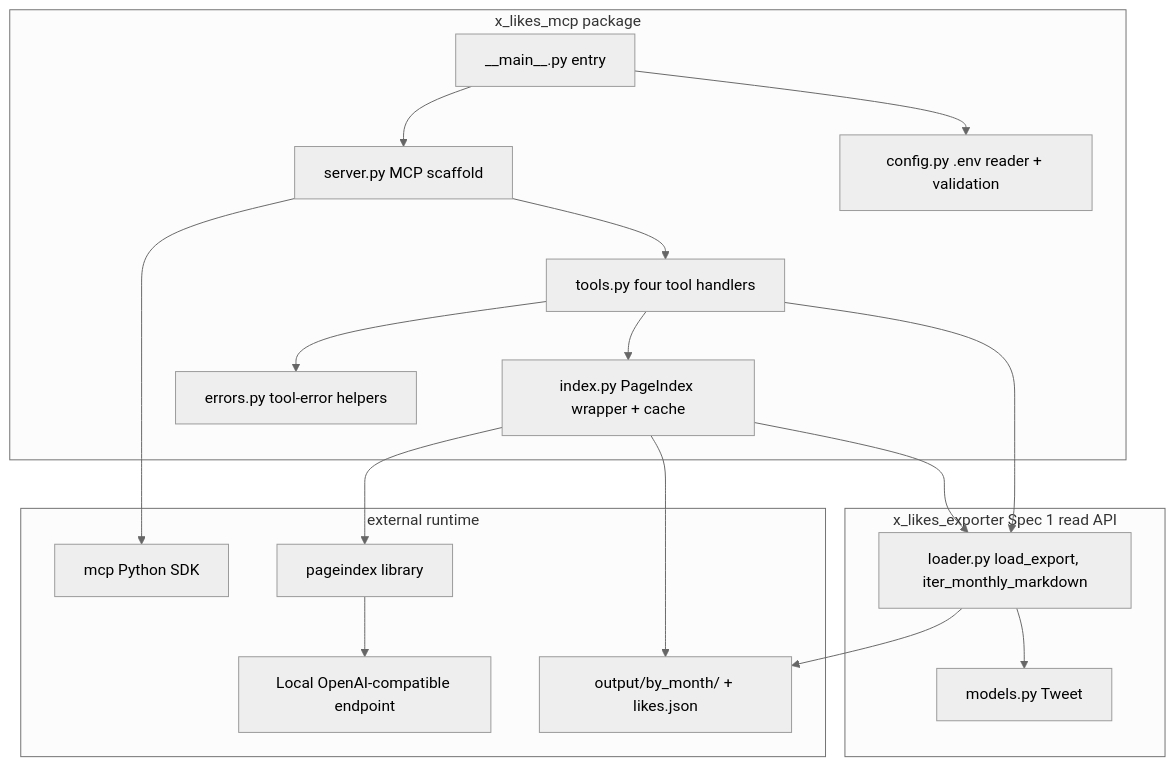
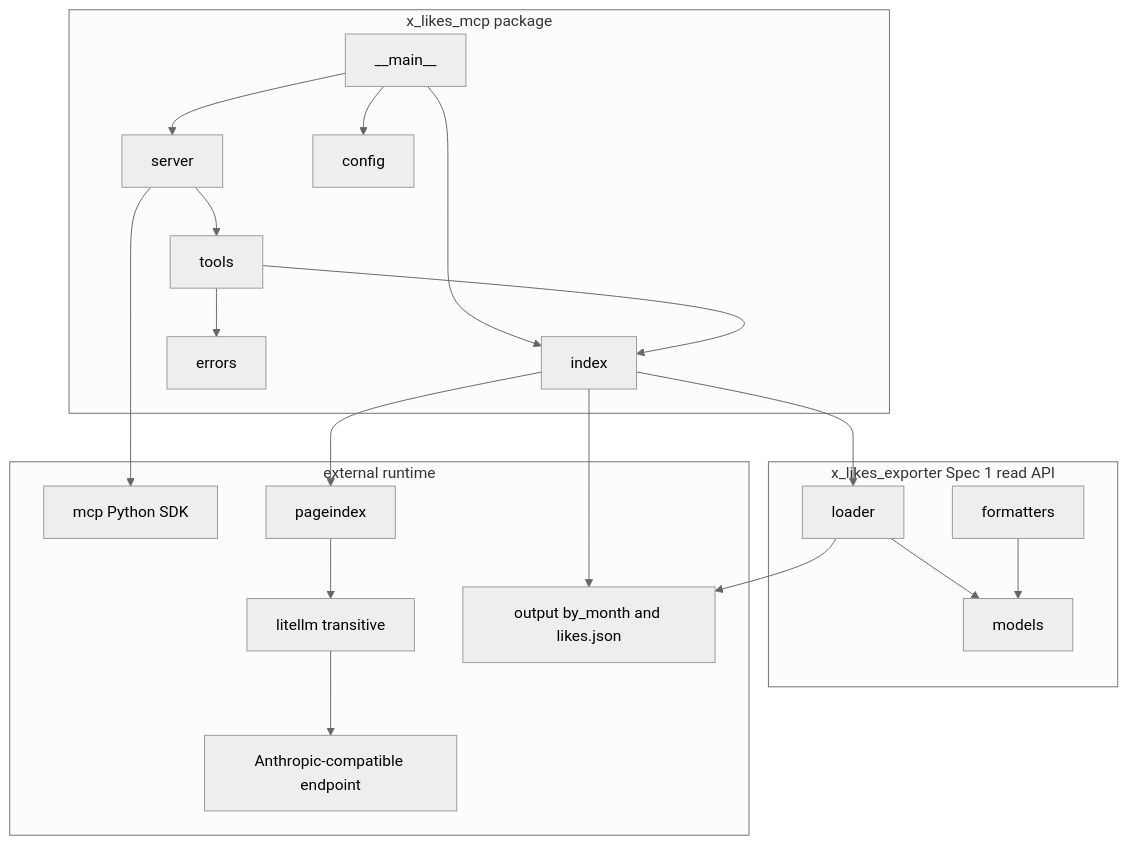
The first of 3 diagrams in .kiro/specs/mcp-pageindex/design.md (norandom/x_likes_scraper), drawn with Mermaid (neutral theme) before and after one commit. The commit also changed other lines of this file and 3 other files, not shown here.

First line of the commit message:
docs(mcp-pageindex): align spec with Anthropic LiteLLM endpoint and structured filter

````diff
--- a/.kiro/specs/mcp-pageindex/design.md
+++ b/.kiro/specs/mcp-pageindex/design.md
@@ -87,35 +100,39 @@
 ```mermaid
 graph TB
     subgraph mcp_server[x_likes_mcp package]
-        Main[__main__.py entry]
-        Server[server.py MCP scaffold]
-        Tools[tools.py four tool handlers]
-        Index[index.py PageIndex wrapper + cache]
-        Config[config.py .env reader + validation]
-        Errors[errors.py tool-error helpers]
+        Main[__main__]
+        Server[server]
+        Tools[tools]
+        Index[index]
+        Config[config]
+        Errors[errors]
     end
     subgraph upstream[x_likes_exporter Spec 1 read API]
-        Loader[loader.py load_export, iter_monthly_markdown]
-        Models[models.py Tweet]
+        Loader[loader]
+        Models[models]
+        Formatters[formatters]
     end
     subgraph external[external runtime]
         MCP_SDK[mcp Python SDK]
-        PageIndex_lib[pageindex library]
-        LLM[Local OpenAI-compatible endpoint]
-        Output[output/by_month/ + likes.json]
+        PageIndex_lib[pageindex]
+        LiteLLM[litellm transitive]
+        LLM[Anthropic-compatible endpoint]
+        Output[output by_month and likes.json]
     end
 
     Main --> Server
     Main --> Config
+    Main --> Index
     Server --> Tools
     Server --> MCP_SDK
     Tools --> Index
-    Tools --> Loader
     Tools --> Errors
     Index --> PageIndex_lib
     Index --> Loader
     Index --> Output
-    PageIndex_lib --> LLM
+    PageIndex_lib --> LiteLLM
+    LiteLLM --> LLM
     Loader --> Output
     Loader --> Models
+    Formatters --> Models
 ```
````
